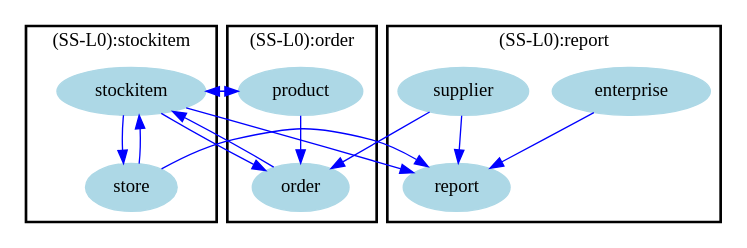
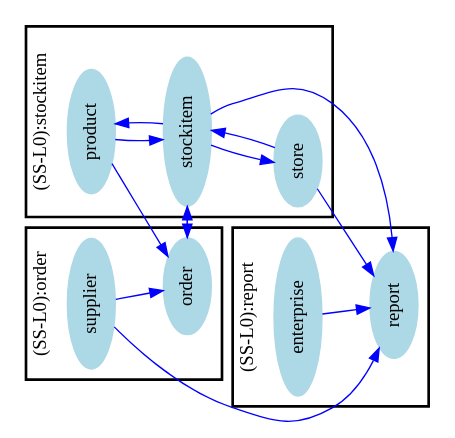
The diagram in Graph/DatenGraphWith1.txt.dot (Benkler/BA), drawn with Graphviz before and after one commit. The commit also changed 16 other files, not shown here.

```diff
--- a/Graph/DatenGraphWith1.txt.dot
+++ b/Graph/DatenGraphWith1.txt.dot
@@ -1,46 +1,46 @@
 /* ------------------------------------------------------------ */
 /* created with bunch v3 */
 /* Objective Function value = 1.0*/
 /* ------------------------------------------------------------ */
 
 digraph G {
 size= "10,10";
-rotate = 0;
+rotate = 90;
 subgraph cluster0 {
 label = "(SS-L0):order";
 color = black;
 style = bold;
 
-"product"[label="product",shape=ellipse,color=lightblue,fontcolor=black,style=filled];
+"supplier"[label="supplier",shape=ellipse,color=lightblue,fontcolor=black,style=filled];
 "order"[label="order",shape=ellipse,color=lightblue,fontcolor=black,style=filled];
 }
 subgraph cluster1 {
 label = "(SS-L0):report";
 color = black;
 style = bold;
 
 "enterprise"[label="enterprise",shape=ellipse,color=lightblue,fontcolor=black,style=filled];
-"supplier"[label="supplier",shape=ellipse,color=lightblue,fontcolor=black,style=filled];
 "report"[label="report",shape=ellipse,color=lightblue,fontcolor=black,style=filled];
 }
 subgraph cluster2 {
 label = "(SS-L0):stockitem";
 color = black;
 style = bold;
 
+"product"[label="product",shape=ellipse,color=lightblue,fontcolor=black,style=filled];
 "stockitem"[label="stockitem",shape=ellipse,color=lightblue,fontcolor=black,style=filled];
 "store"[label="store",shape=ellipse,color=lightblue,fontcolor=black,style=filled];
 }
 "order" -> "stockitem" [color=blue,font=6];
 "store" -> "report" [color=blue,font=6];
 "store" -> "stockitem" [color=blue,font=6];
 "stockitem" -> "order" [color=blue,font=6];
 "stockitem" -> "report" [color=blue,font=6];
 "stockitem" -> "store" [color=blue,font=6];
 "stockitem" -> "product" [color=blue,font=6];
 "supplier" -> "order" [color=blue,font=6];
 "supplier" -> "report" [color=blue,font=6];
 "product" -> "order" [color=blue,font=6];
 "product" -> "stockitem" [color=blue,font=6];
 "enterprise" -> "report" [color=blue,font=6];
 }
```
